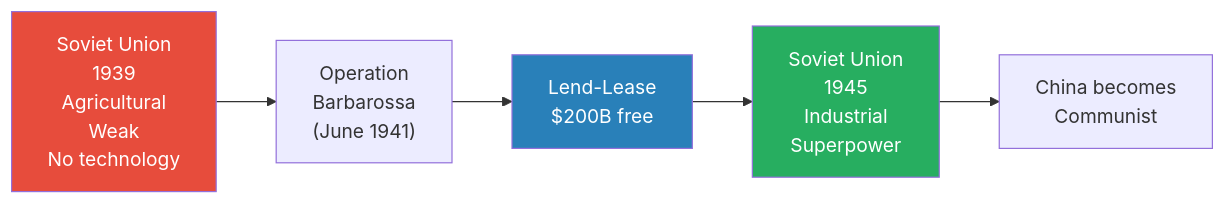
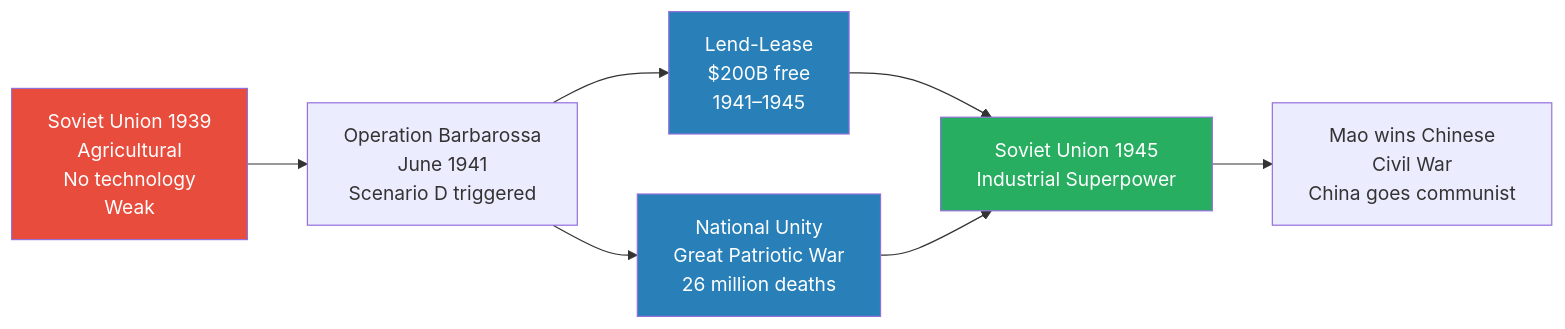
One commit to alius33/reader changed the seventh of 11 diagrams in summaries/Lectures/Geo-Strategy/10 - Putin's Strategic Imagination.md. Above: the diagram before and after it, drawn with Mermaid. The commit also changed other lines of this file and 26 other files, not shown here.

````diff
--- a/summaries/Lectures/Geo-Strategy/10 - Putin's Strategic Imagination.md
+++ b/summaries/Lectures/Geo-Strategy/10 - Putin's Strategic Imagination.md
@@ -567,10 +388,13 @@
 ```mermaid
 flowchart LR
-    SU1["Soviet Union<br/>1939<br/>Agricultural<br/>Weak<br/>No technology"] --> BAR["Operation<br/>Barbarossa<br/>(June 1941)"]
-    BAR --> LL["Lend-Lease<br/>$200B free"]
-    LL --> SU2["Soviet Union<br/>1945<br/>Industrial<br/>Superpower"]
-    SU2 --> CH["China becomes<br/>Communist"]
+    SU1["Soviet Union 1939<br/>Agricultural<br/>No technology<br/>Weak"] --> BAR["Operation Barbarossa<br/>June 1941<br/>Scenario D triggered"]
+    BAR --> LL["Lend-Lease<br/>$200B free<br/>1941–1945"]
+    BAR --> NU["National Unity<br/>Great Patriotic War<br/>26 million deaths"]
+    LL --> SU2["Soviet Union 1945<br/>Industrial Superpower"]
+    NU --> SU2
+    SU2 --> CH["Mao wins Chinese<br/>Civil War<br/>China goes communist"]
     style SU1 fill:#e74c3c,color:#fff
     style SU2 fill:#27ae60,color:#fff
     style LL fill:#2980b9,color:#fff
+    style NU fill:#2980b9,color:#fff
 ```
````
